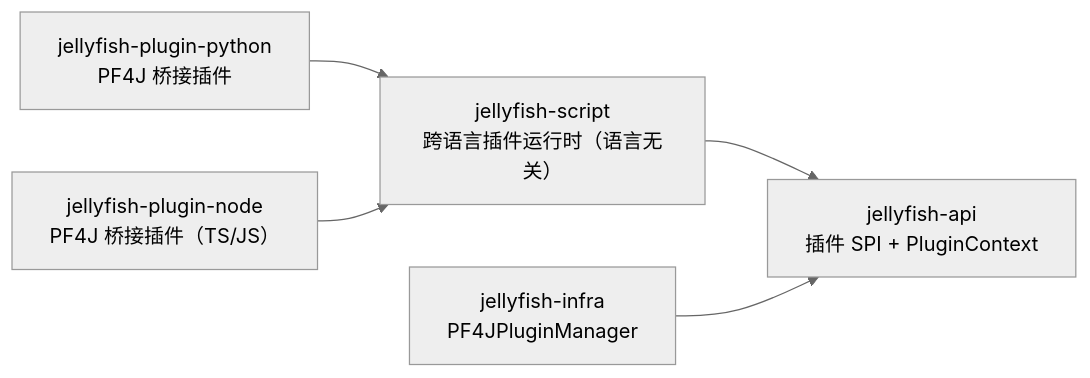
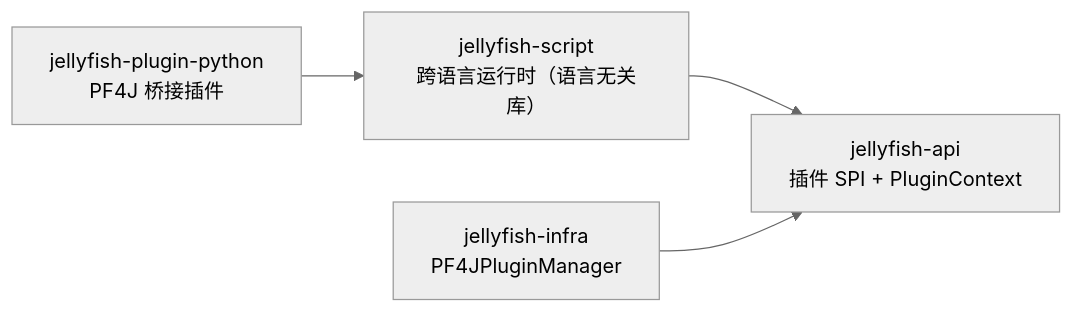
Before and after one commit to zcd0831/Jellyfish: the second of 5 diagrams in 跨语言插件方案.md, drawn with Mermaid (neutral theme). The commit also changed other lines of this file and 8 other files, not shown here.

````diff
--- a/跨语言插件方案.md
+++ b/跨语言插件方案.md
@@ -97,13 +137,11 @@
 ```mermaid
 flowchart LR
     API["jellyfish-api<br>插件 SPI + PluginContext"]
-    SCRIPT["jellyfish-script<br>跨语言插件运行时（语言无关）"]
+    SCRIPT["jellyfish-script<br>跨语言运行时（语言无关库）"]
     PY["jellyfish-plugin-python<br>PF4J 桥接插件"]
-    NODE["jellyfish-plugin-node<br>PF4J 桥接插件（TS/JS）"]
     INFRA["jellyfish-infra<br>PF4JPluginManager"]
 
     PY --> SCRIPT
-    NODE --> SCRIPT
     SCRIPT --> API
     INFRA --> API
 ```
````
